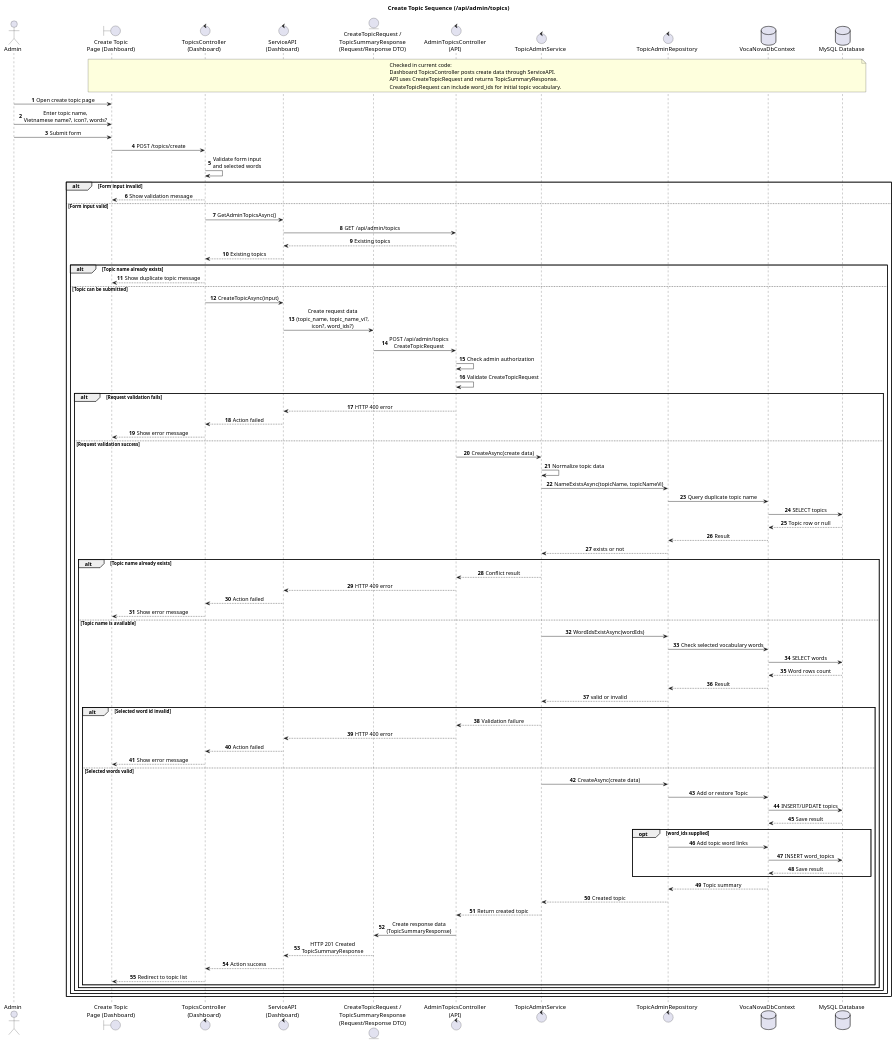
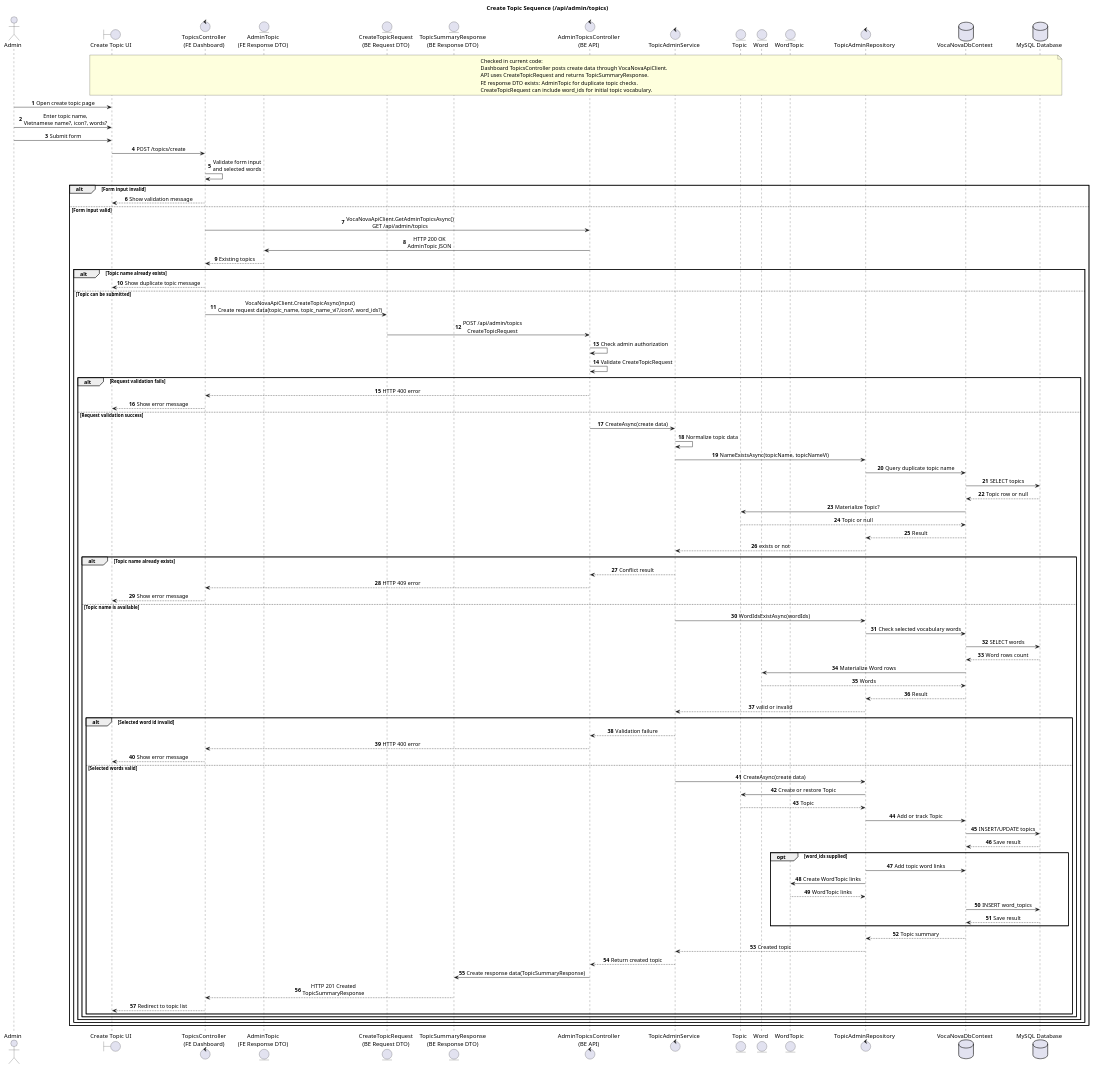
The diagram in docs/diagrams/admin-create-topic-sequence.puml (thisIsCenx04/VocaNova), drawn with PlantUML before and after one commit. The commit also changed 28 other files, not shown here.

Commit message:
fix/sequences-final-form

```diff
--- a/docs/diagrams/admin-create-topic-sequence.puml
+++ b/docs/diagrams/admin-create-topic-sequence.puml
@@ -1,106 +1,101 @@
 @startuml
 title Create Topic Sequence (/api/admin/topics)
-
 autonumber
 skinparam responseMessageBelowArrow true
 skinparam sequenceMessageAlign center
-
 actor Admin
-boundary "Create Topic\nPage (Dashboard)" as CreateTopicPage
-control "TopicsController\n(Dashboard)" as DashboardController
-control "ServiceAPI\n(Dashboard)" as ServiceApi
-entity "CreateTopicRequest /\nTopicSummaryResponse\n(Request/Response DTO)" as TopicDto
-control "AdminTopicsController\n(API)" as ApiController
+boundary "Create Topic UI" as CreateTopicPage
+control "TopicsController\n(FE Dashboard)" as DashboardController
+entity "AdminTopic\n(FE Response DTO)" as FeTopicDto
+entity "CreateTopicRequest\n(BE Request DTO)" as TopicRequestDto
+entity "TopicSummaryResponse\n(BE Response DTO)" as TopicResponseDto
+control "AdminTopicsController\n(BE API)" as ApiController
 control "TopicAdminService" as TopicService
+entity "Topic" as TopicEntity
+entity "Word" as WordEntity
+entity "WordTopic" as WordTopicEntity
 control "TopicAdminRepository" as TopicRepository
 database "VocaNovaDbContext" as DbContext
 database "MySQL Database" as MySQL
-
 note over CreateTopicPage, MySQL
 Checked in current code:
-Dashboard TopicsController posts create data through ServiceAPI.
+Dashboard TopicsController posts create data through VocaNovaApiClient.
 API uses CreateTopicRequest and returns TopicSummaryResponse.
+FE response DTO exists: AdminTopic for duplicate topic checks.
 CreateTopicRequest can include word_ids for initial topic vocabulary.
 end note
-
 Admin -> CreateTopicPage: Open create topic page
 Admin -> CreateTopicPage: Enter topic name,\nVietnamese name?, icon?, words?
 Admin -> CreateTopicPage: Submit form
 CreateTopicPage -> DashboardController: POST /topics/create
 DashboardController -> DashboardController: Validate form input\nand selected words
-
 alt Form input invalid
-    DashboardController --> CreateTopicPage: Show validation message
+DashboardController --> CreateTopicPage: Show validation message
 else Form input valid
-    DashboardController -> ServiceApi: GetAdminTopicsAsync()
-    ServiceApi -> ApiController: GET /api/admin/topics
-    ApiController --> ServiceApi: Existing topics
-    ServiceApi --> DashboardController: Existing topics
-
-    alt Topic name already exists
-        DashboardController --> CreateTopicPage: Show duplicate topic message
-    else Topic can be submitted
-        DashboardController -> ServiceApi: CreateTopicAsync(input)
-        ServiceApi -> TopicDto: Create request data\n(topic_name, topic_name_vi?,\nicon?, word_ids?)
-        TopicDto -> ApiController: POST /api/admin/topics\nCreateTopicRequest
-        ApiController -> ApiController: Check admin authorization
-        ApiController -> ApiController: Validate CreateTopicRequest
-
-        alt Request validation fails
-            ApiController --> ServiceApi: HTTP 400 error
-            ServiceApi --> DashboardController: Action failed
-            DashboardController --> CreateTopicPage: Show error message
-        else Request validation success
-            ApiController -> TopicService: CreateAsync(create data)
-            TopicService -> TopicService: Normalize topic data
-            TopicService -> TopicRepository: NameExistsAsync(topicName, topicNameVi)
-            TopicRepository -> DbContext: Query duplicate topic name
-            DbContext -> MySQL: SELECT topics
-            MySQL --> DbContext: Topic row or null
-            DbContext --> TopicRepository: Result
-            TopicRepository --> TopicService: exists or not
-
-            alt Topic name already exists
-                TopicService --> ApiController: Conflict result
-                ApiController --> ServiceApi: HTTP 409 error
-                ServiceApi --> DashboardController: Action failed
-                DashboardController --> CreateTopicPage: Show error message
-            else Topic name is available
-                TopicService -> TopicRepository: WordIdsExistAsync(wordIds)
-                TopicRepository -> DbContext: Check selected vocabulary words
-                DbContext -> MySQL: SELECT words
-                MySQL --> DbContext: Word rows count
-                DbContext --> TopicRepository: Result
-                TopicRepository --> TopicService: valid or invalid
-
-                alt Selected word id invalid
-                    TopicService --> ApiController: Validation failure
-                    ApiController --> ServiceApi: HTTP 400 error
-                    ServiceApi --> DashboardController: Action failed
-                    DashboardController --> CreateTopicPage: Show error message
-                else Selected words valid
-                    TopicService -> TopicRepository: CreateAsync(create data)
-                    TopicRepository -> DbContext: Add or restore Topic
-                    DbContext -> MySQL: INSERT/UPDATE topics
-                    MySQL --> DbContext: Save result
-
-                    opt word_ids supplied
-                        TopicRepository -> DbContext: Add topic word links
-                        DbContext -> MySQL: INSERT word_topics
-                        MySQL --> DbContext: Save result
-                    end
-
-                    DbContext --> TopicRepository: Topic summary
-                    TopicRepository --> TopicService: Created topic
-                    TopicService --> ApiController: Return created topic
-                    ApiController -> TopicDto: Create response data\n(TopicSummaryResponse)
-                    TopicDto --> ServiceApi: HTTP 201 Created\nTopicSummaryResponse
-                    ServiceApi --> DashboardController: Action success
-                    DashboardController --> CreateTopicPage: Redirect to topic list
-                end
-            end
-        end
-    end
+DashboardController -> ApiController: VocaNovaApiClient.GetAdminTopicsAsync()\nGET /api/admin/topics
+ApiController -> FeTopicDto: HTTP 200 OK\nAdminTopic JSON
+FeTopicDto --> DashboardController: Existing topics
+alt Topic name already exists
+DashboardController --> CreateTopicPage: Show duplicate topic message
+else Topic can be submitted
+DashboardController -> TopicRequestDto: VocaNovaApiClient.CreateTopicAsync(input)\nCreate request data(topic_name, topic_name_vi?,icon?, word_ids?)
+TopicRequestDto -> ApiController: POST /api/admin/topics\nCreateTopicRequest
+ApiController -> ApiController: Check admin authorization
+ApiController -> ApiController: Validate CreateTopicRequest
+alt Request validation fails
+ApiController --> DashboardController: HTTP 400 error
+DashboardController --> CreateTopicPage: Show error message
+else Request validation success
+ApiController -> TopicService: CreateAsync(create data)
+TopicService -> TopicService: Normalize topic data
+TopicService -> TopicRepository: NameExistsAsync(topicName, topicNameVi)
+TopicRepository -> DbContext: Query duplicate topic name
+DbContext -> MySQL: SELECT topics
+MySQL --> DbContext: Topic row or null
+DbContext -> TopicEntity: Materialize Topic?
+TopicEntity --> DbContext: Topic or null
+DbContext --> TopicRepository: Result
+TopicRepository --> TopicService: exists or not
+alt Topic name already exists
+TopicService --> ApiController: Conflict result
+ApiController --> DashboardController: HTTP 409 error
+DashboardController --> CreateTopicPage: Show error message
+else Topic name is available
+TopicService -> TopicRepository: WordIdsExistAsync(wordIds)
+TopicRepository -> DbContext: Check selected vocabulary words
+DbContext -> MySQL: SELECT words
+MySQL --> DbContext: Word rows count
+DbContext -> WordEntity: Materialize Word rows
+WordEntity --> DbContext: Words
+DbContext --> TopicRepository: Result
+TopicRepository --> TopicService: valid or invalid
+alt Selected word id invalid
+TopicService --> ApiController: Validation failure
+ApiController --> DashboardController: HTTP 400 error
+DashboardController --> CreateTopicPage: Show error message
+else Selected words valid
+TopicService -> TopicRepository: CreateAsync(create data)
+TopicRepository -> TopicEntity: Create or restore Topic
+TopicEntity --> TopicRepository: Topic
+TopicRepository -> DbContext: Add or track Topic
+DbContext -> MySQL: INSERT/UPDATE topics
+MySQL --> DbContext: Save result
+opt word_ids supplied
+TopicRepository -> DbContext: Add topic word links
+TopicRepository -> WordTopicEntity: Create WordTopic links
+WordTopicEntity --> TopicRepository: WordTopic links
+DbContext -> MySQL: INSERT word_topics
+MySQL --> DbContext: Save result
 end
-
+DbContext --> TopicRepository: Topic summary
+TopicRepository --> TopicService: Created topic
+TopicService --> ApiController: Return created topic
+ApiController -> TopicResponseDto: Create response data(TopicSummaryResponse)
+TopicResponseDto --> DashboardController: HTTP 201 Created\nTopicSummaryResponse
+DashboardController --> CreateTopicPage: Redirect to topic list
+end
+end
+end
+end
+end
 @enduml
```
